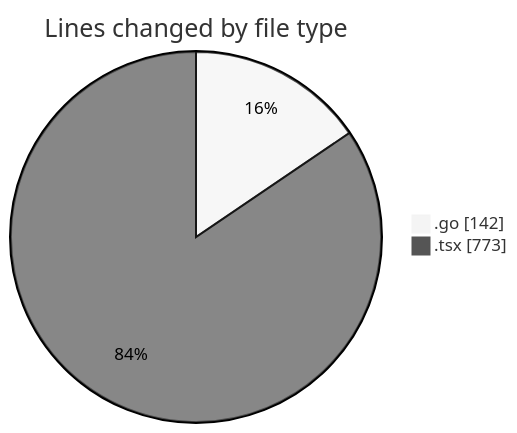
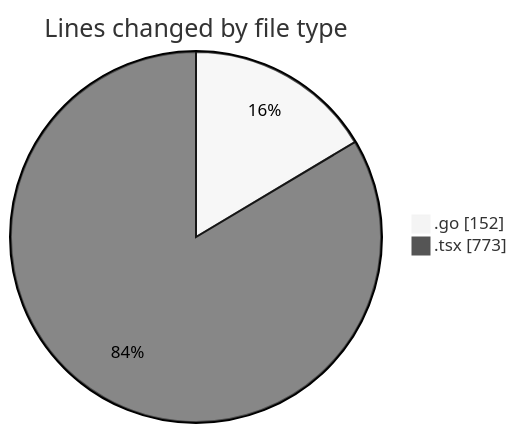
One commit to robertbonfada/code-tracking changed the first of 2 diagrams in 2025-03-05/termonied_testador/README.md. Above: the diagram before and after it, drawn with Mermaid (neutral theme). The commit also changed other lines of this file and 1 other file, not shown here.

````diff
--- a/2025-03-05/termonied_testador/README.md
+++ b/2025-03-05/termonied_testador/README.md
@@ -22,6 +22,6 @@
 ```mermaid
 pie showData
 title Lines changed by file type
-".go" : 142
+".go" : 152
 ".tsx" : 773
 ```
````
